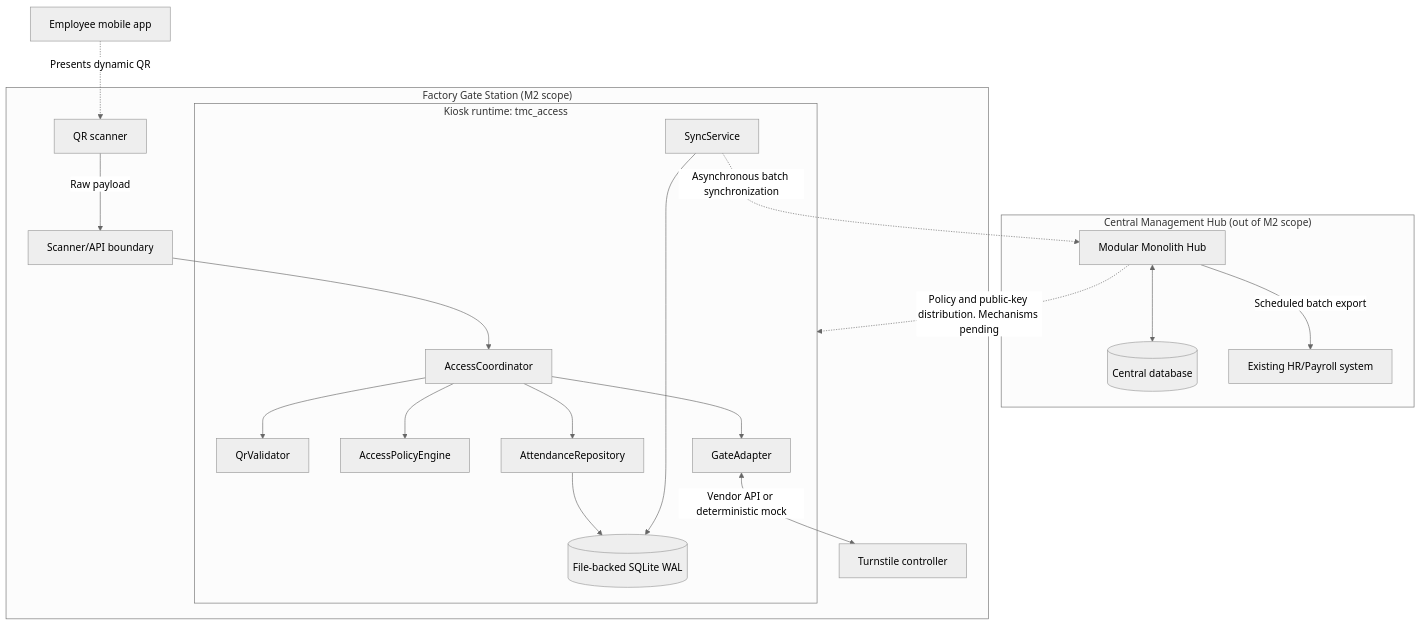
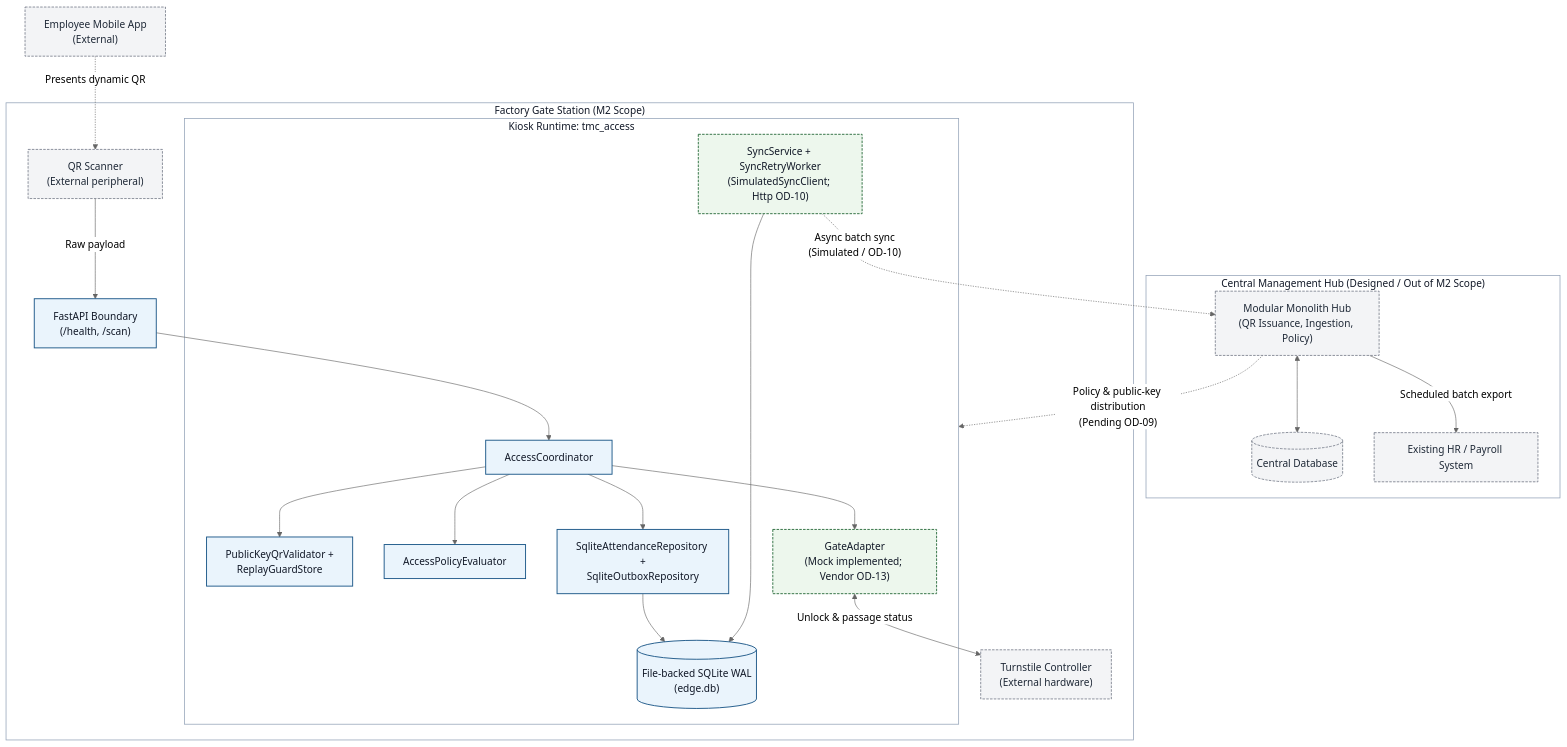
Before and after one commit to theDoub/SA-tmc-attendance-access-control: the diagram in docs/architecture/overview.md, drawn with Mermaid (neutral theme). The commit also changed 6 other files, not shown here.

````diff
--- a/docs/architecture/overview.md
+++ b/docs/architecture/overview.md
@@ -47,37 +47,44 @@
 ```mermaid
 flowchart TD
-    subgraph HubZone["Central Management Hub (out of M2 scope)"]
-        Hub["Modular Monolith Hub"]
-        HubDB[("Central database")]
-        Payroll["Existing HR/Payroll system"]
+    classDef impl fill:#eaf4fc,stroke:#1f5a8a,stroke-width:1.5px,color:#111827
+    classDef sim fill:#edf7ed,stroke:#2e6f40,stroke-width:1.5px,stroke-dasharray:4 2,color:#111827
+    classDef ext fill:#f3f4f6,stroke:#6b7280,stroke-width:1.2px,stroke-dasharray:4 2,color:#1f2937
+    classDef zone fill:#ffffff,stroke:#94a3b8,stroke-width:1.2px,color:#111827
+
+    subgraph HubZone["Central Management Hub (Designed / Out of M2 Scope)"]
+        Hub["Modular Monolith Hub<br/>(QR Issuance, Ingestion, Policy)"]:::ext
+        HubDB[("Central Database")]:::ext
+        Payroll["Existing HR / Payroll System"]:::ext
         Hub <--> HubDB
         Hub -->|Scheduled batch export| Payroll
     end
 
-    Phone["Employee mobile app"] -.->|Presents dynamic QR| Scanner["QR scanner"]
+    Phone["Employee Mobile App<br/>(External)"]:::ext -.->|Presents dynamic QR| Scanner["QR Scanner<br/>(External peripheral)"]:::ext
 
-    subgraph EdgeZone["Factory Gate Station (M2 scope)"]
-        Scanner -->|Raw payload| API["Scanner/API boundary"]
-        subgraph Kiosk["Kiosk runtime: tmc_access"]
-            Coordinator["AccessCoordinator"]
-            Validator["QrValidator"]
-            Policy["AccessPolicyEngine"]
-            Gate["GateAdapter"]
-            Repo["AttendanceRepository"]
-            Sync["SyncService"]
-            Local[("File-backed SQLite WAL")]
+    subgraph EdgeZone["Factory Gate Station (M2 Scope)"]
+        Scanner -->|Raw payload| API["FastAPI Boundary<br/>(/health, /scan)"]:::impl
+        subgraph Kiosk["Kiosk Runtime: tmc_access"]
+            Coordinator["AccessCoordinator"]:::impl
+            Validator["PublicKeyQrValidator +<br/>ReplayGuardStore"]:::impl
+            Policy["AccessPolicyEvaluator"]:::impl
+            Gate["GateAdapter<br/>(Mock implemented; Vendor OD-13)"]:::sim
+            Repo["SqliteAttendanceRepository +<br/>SqliteOutboxRepository"]:::impl
+            Sync["SyncService + SyncRetryWorker<br/>(SimulatedSyncClient; Http OD-10)"]:::sim
+            Local[("File-backed SQLite WAL<br/>(edge.db)")]:::impl
 
             Coordinator --> Validator
             Coordinator --> Policy
             Coordinator --> Gate
             Coordinator --> Repo
             Repo --> Local
             Sync --> Local
         end
         API --> Coordinator
-        Gate <-->|Vendor API or deterministic mock| Turnstile["Turnstile controller"]
+        Gate <-->|Unlock & passage status| Turnstile["Turnstile Controller<br/>(External hardware)"]:::ext
     end
 
-    Sync -.->|Asynchronous batch synchronization| Hub
-    Hub -.->|Policy and public-key distribution. Mechanisms pending| Kiosk
+    Sync -.->|"Async batch sync<br/>(Simulated / OD-10)"| Hub
+    Hub -.->|"Policy & public-key distribution<br/>(Pending OD-09)"| Kiosk
+
+    class HubZone,EdgeZone,Kiosk zone
 ```
````
